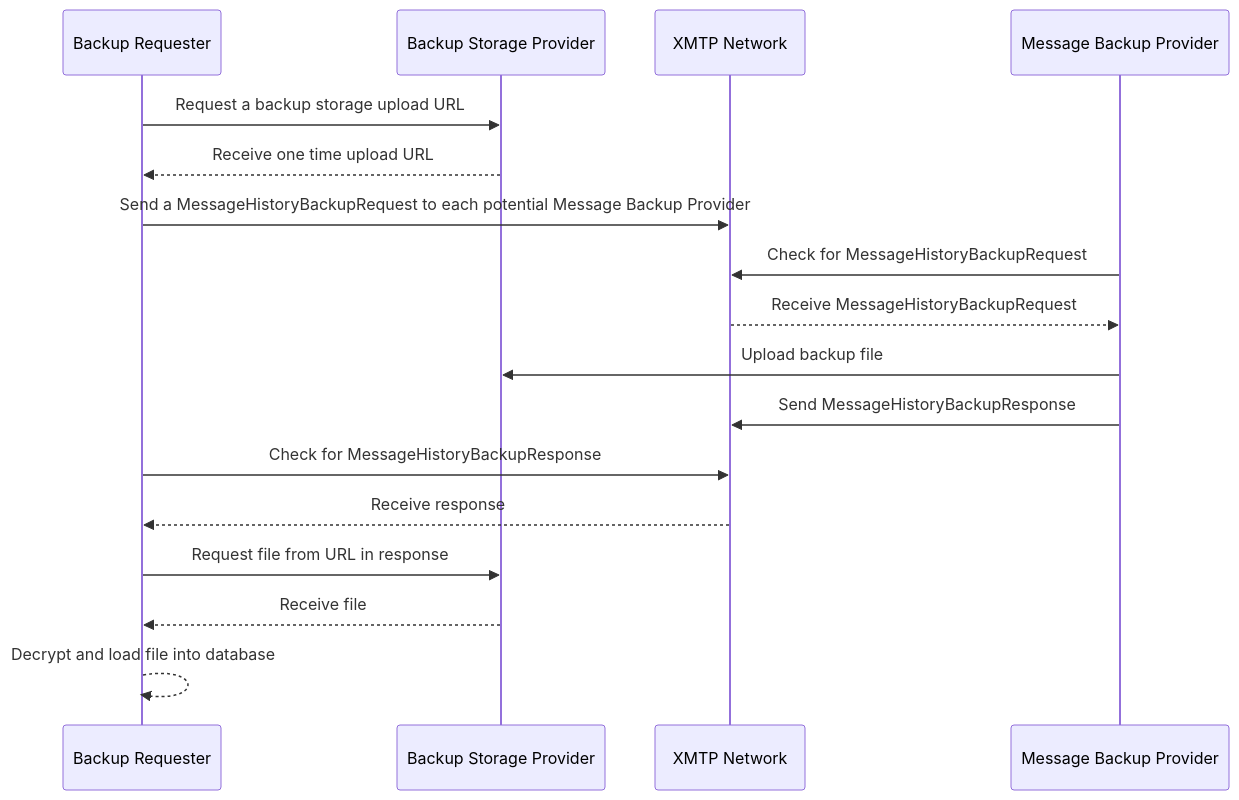
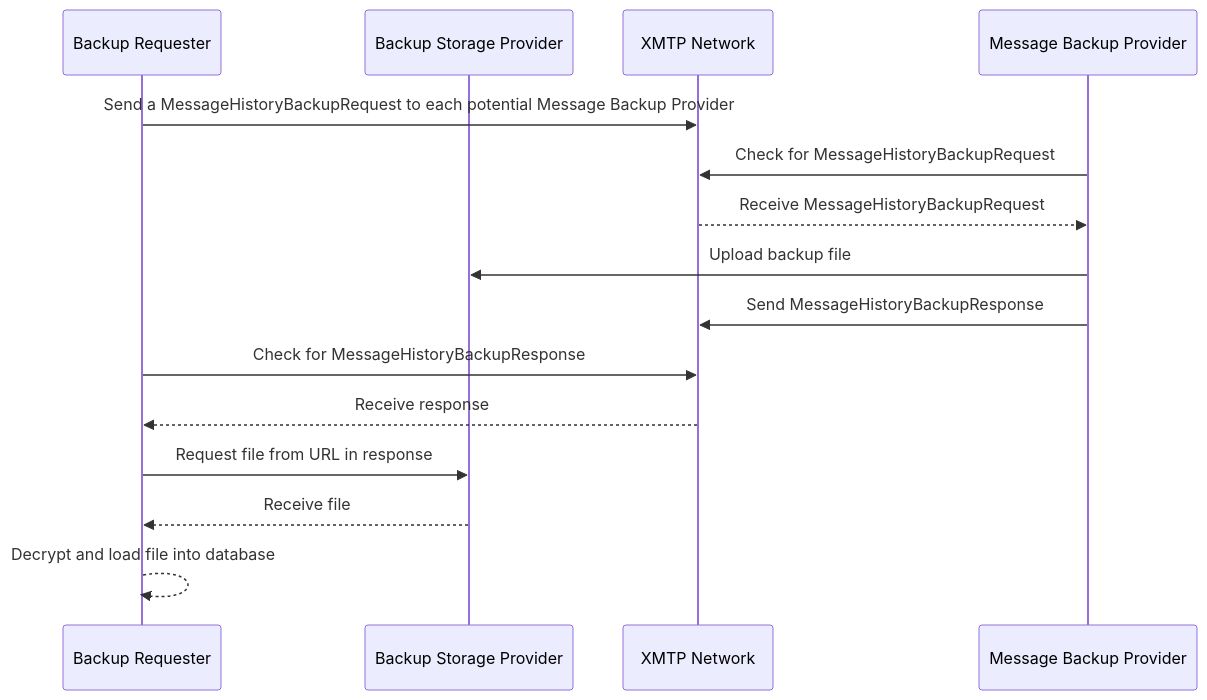
One commit to xmtp/XIPs changed the second of 2 diagrams in XIPs/xip-31-message-backup-request-system.md. Above: the diagram before and after it, drawn with Mermaid. The commit also changed other lines of this file, not shown here.

Commit message:
Simplify backup provider

````diff
--- a/XIPs/xip-31-message-backup-request-system.md
+++ b/XIPs/xip-31-message-backup-request-system.md
@@ -116,19 +115,17 @@
 ```mermaid
 sequenceDiagram
     Participant B as Backup Requester
     Participant S as Backup Storage Provider
     Participant N as XMTP Network
     Participant M as Message Backup Provider
-    B->>S: Request a backup storage upload URL
-    S-->>B: Receive one time upload URL
     B->>N: Send a MessageHistoryBackupRequest to each potential Message Backup Provider
     M->>N: Check for MessageHistoryBackupRequest
     N-->>M: Receive MessageHistoryBackupRequest
     M->>S: Upload backup file
     M->>N: Send MessageHistoryBackupResponse
     B->>N: Check for MessageHistoryBackupResponse
     N-->>B: Receive response
     B->>S: Request file from URL in response
     S-->>B: Receive file
     B-->>B: Decrypt and load file into database
 ```
````
